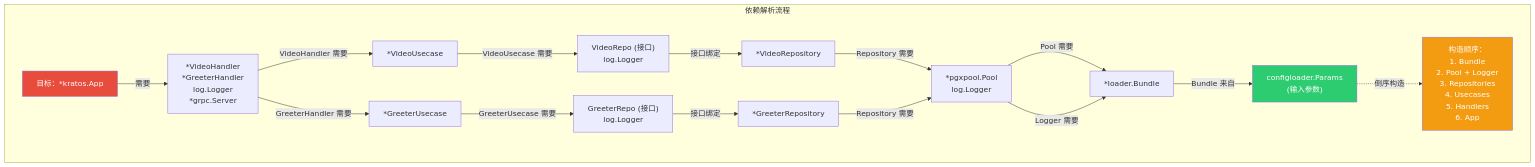
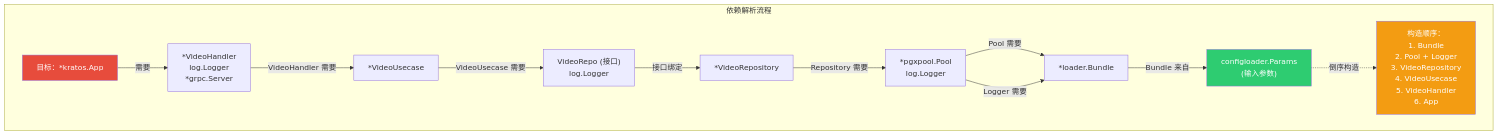
Before and after one commit to bionicotaku/lingo-services-catalog: diagram 12 of 24 in docs/WIRE_DEPENDENCY_INJECTION.md, drawn with Mermaid. The commit also changed other lines of this file and 6 other files, not shown here.

````diff
--- a/docs/WIRE_DEPENDENCY_INJECTION.md
+++ b/docs/WIRE_DEPENDENCY_INJECTION.md
@@ -713,29 +686,25 @@
 ```mermaid
 graph TB
     subgraph Resolution["依赖解析流程"]
-        Start["目标：*kratos.App"] -->|需要| Deps1["*VideoHandler<br/>*GreeterHandler<br/>log.Logger<br/>*grpc.Server"]
+        Start["目标：*kratos.App"] -->|需要| Deps1["*VideoHandler<br/>log.Logger<br/>*grpc.Server"]
 
         Deps1 -->|VideoHandler 需要| Deps2A["*VideoUsecase"]
-        Deps1 -->|GreeterHandler 需要| Deps2B["*GreeterUsecase"]
 
         Deps2A -->|VideoUsecase 需要| Deps3A["VideoRepo (接口)<br/>log.Logger"]
-        Deps2B -->|GreeterUsecase 需要| Deps3B["GreeterRepo (接口)<br/>log.Logger"]
 
         Deps3A -->|接口绑定| Deps4A["*VideoRepository"]
-        Deps3B -->|接口绑定| Deps4B["*GreeterRepository"]
 
         Deps4A -->|Repository 需要| Deps5["*pgxpool.Pool<br/>log.Logger"]
-        Deps4B -->|Repository 需要| Deps5
 
         Deps5 -->|Pool 需要| Deps6["*loader.Bundle"]
         Deps5 -->|Logger 需要| Deps6
 
         Deps6 -->|Bundle 来自| Leaf["configloader.Params<br/>(输入参数)"]
 
-        Leaf -.->|倒序构造| Construct["构造顺序：<br/>1. Bundle<br/>2. Pool + Logger<br/>3. Repositories<br/>4. Usecases<br/>5. Handlers<br/>6. App"]
+        Leaf -.->|倒序构造| Construct["构造顺序：<br/>1. Bundle<br/>2. Pool + Logger<br/>3. VideoRepository<br/>4. VideoUsecase<br/>5. VideoHandler<br/>6. App"]
     end
 
     style Start fill:#e74c3c,color:#fff
     style Leaf fill:#2ecc71,color:#fff
     style Construct fill:#f39c12,color:#fff
 ```
````
